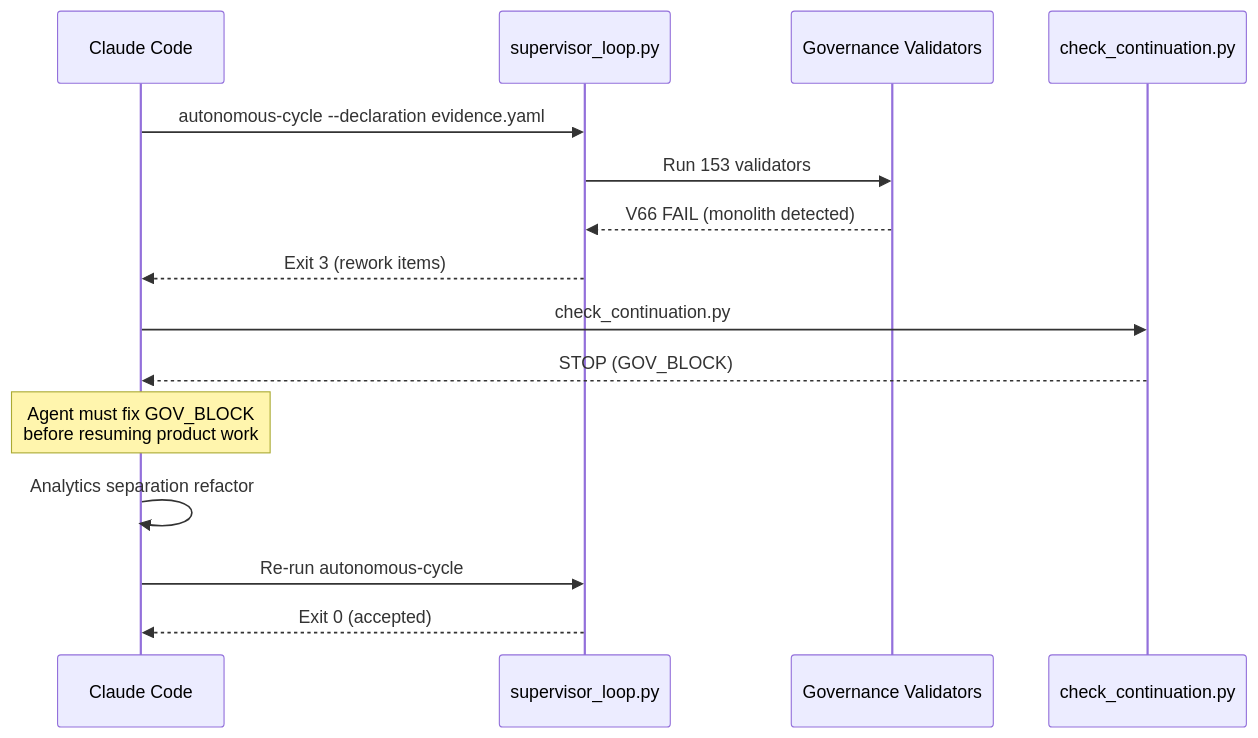
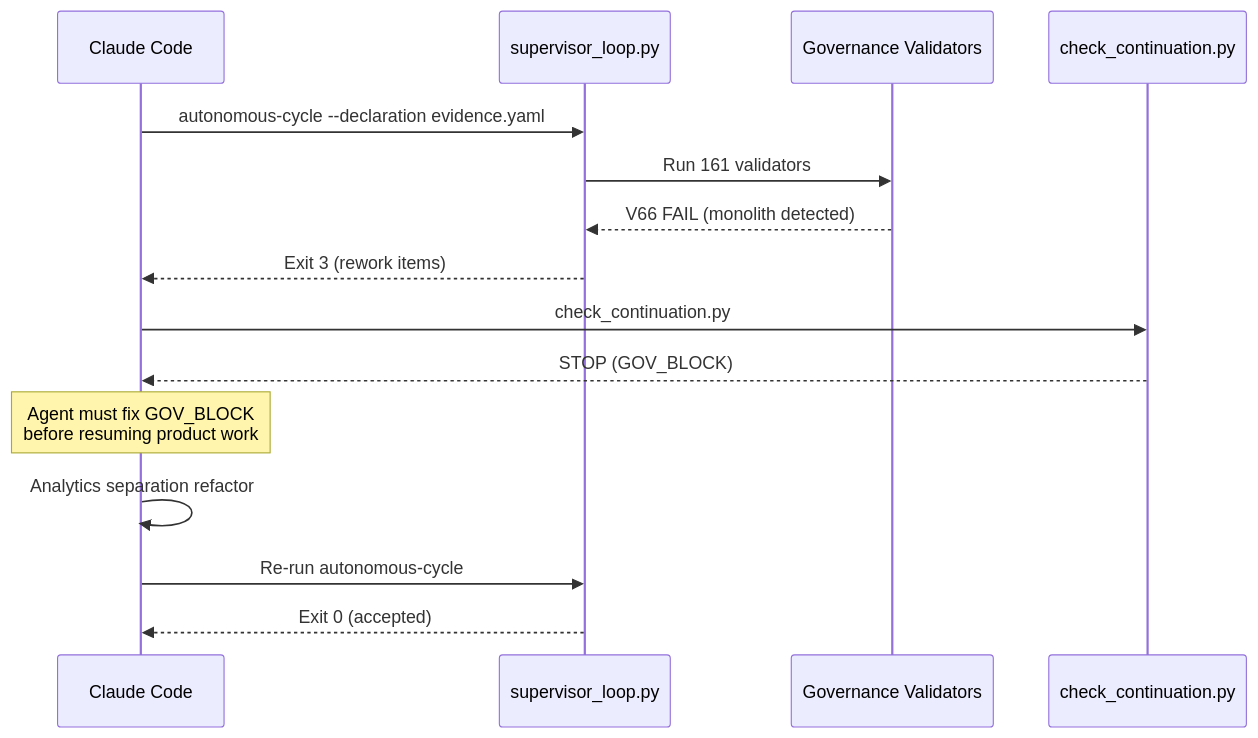
Diagram 13 of 18 in docs/system-recon/FF-DEEP-RECON-20260705-052931/02-SYSTEM-ARCHITECTURE-AND-DIAGRAMS.md (babar-raza/format-factory), drawn with Mermaid before and after one commit. The commit also changed other lines of this file and 6 other files, not shown here.

````diff
--- a/docs/system-recon/FF-DEEP-RECON-20260705-052931/02-SYSTEM-ARCHITECTURE-AND-DIAGRAMS.md
+++ b/docs/system-recon/FF-DEEP-RECON-20260705-052931/02-SYSTEM-ARCHITECTURE-AND-DIAGRAMS.md
@@ -449,18 +449,18 @@
 ```mermaid
 sequenceDiagram
     participant Agent as Claude Code
     participant SUP as supervisor_loop.py
     participant GOV as Governance Validators
     participant CC as check_continuation.py
 
     Agent->>SUP: autonomous-cycle --declaration evidence.yaml
-    SUP->>GOV: Run 153 validators
+    SUP->>GOV: Run 161 validators
     GOV-->>SUP: V66 FAIL (monolith detected)
     SUP-->>Agent: Exit 3 (rework items)
     Agent->>CC: check_continuation.py
     CC-->>Agent: STOP (GOV_BLOCK)
     Note over Agent: Agent must fix GOV_BLOCK<br/>before resuming product work
     Agent->>Agent: Analytics separation refactor
     Agent->>SUP: Re-run autonomous-cycle
     SUP-->>Agent: Exit 0 (accepted)
 ```
````
